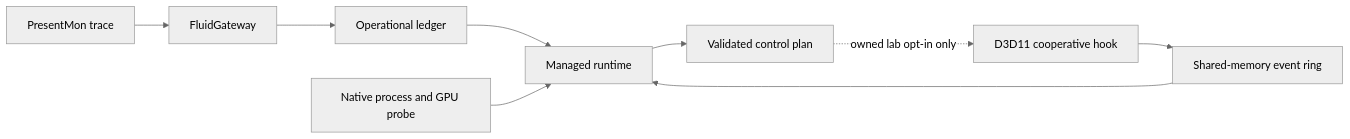
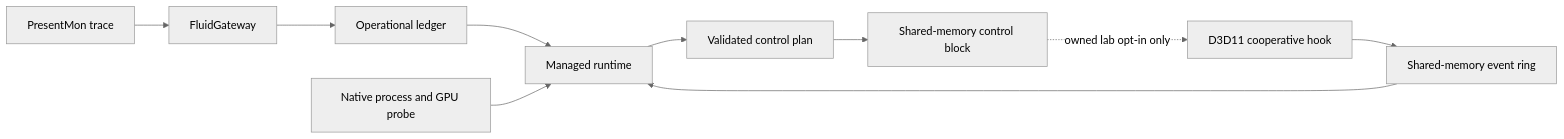
Before and after one commit to maxhuntert1414-max/FluidRuntime: the diagram in docs/architecture.md, drawn with Mermaid (neutral theme). The commit also changed other lines of this file and 41 other files, not shown here.

````diff
--- a/docs/architecture.md
+++ b/docs/architecture.md
@@ -8,11 +8,12 @@
 ```mermaid
 flowchart LR
     PM[PresentMon trace] --> FG[FluidGateway]
     FG --> L[Operational ledger]
     L --> MR[Managed runtime]
     NP[Native process and GPU probe] --> MR
     D3D[D3D11 cooperative hook] --> R[Shared-memory event ring]
     R --> MR
     MR --> P[Validated control plan]
-    P -. owned lab opt-in only .-> D3D
+    P --> C[Shared-memory control block]
+    C -. owned lab opt-in only .-> D3D
 ```
````
